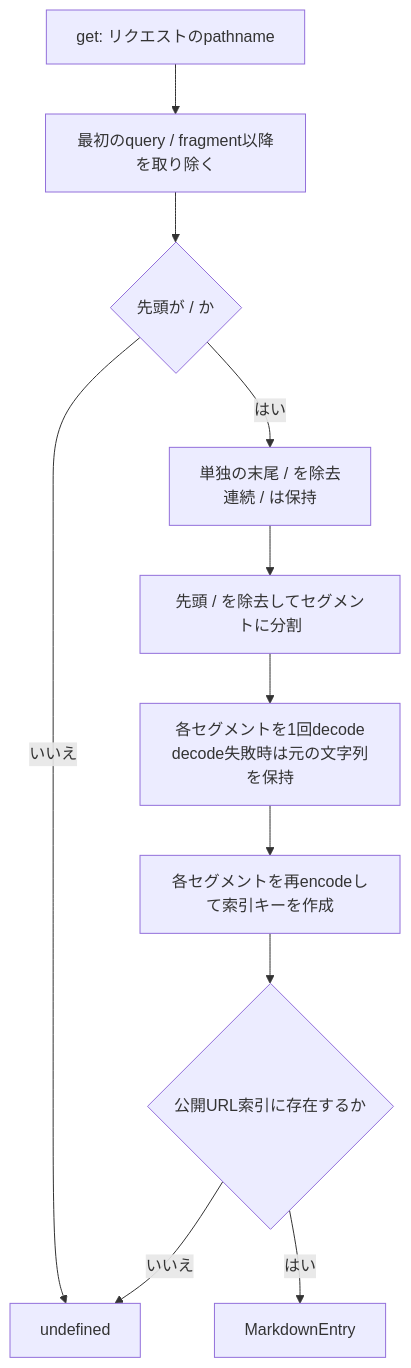
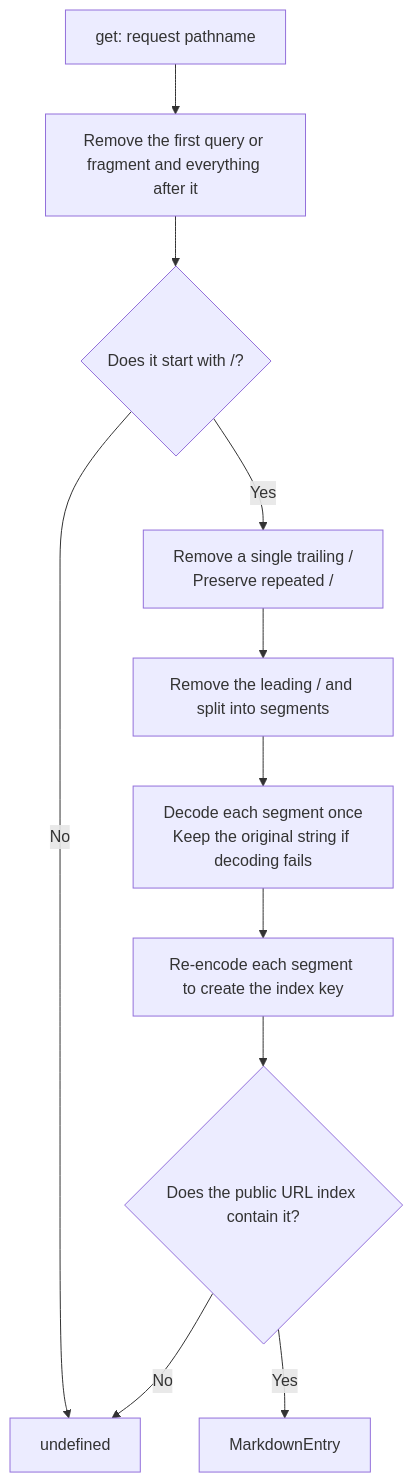
Before and after one commit to totto2727-org/effront: the second of 3 diagrams in packages/markdown/docs/IMPLEMENTATION.md, drawn with Mermaid. The commit also changed other lines of this file and 6 other files, not shown here.

````diff
--- a/packages/markdown/docs/IMPLEMENTATION.md
+++ b/packages/markdown/docs/IMPLEMENTATION.md
@@ -56,13 +56,13 @@
 ```mermaid
 flowchart TD
-    A["get: リクエストのpathname"] --> B["最初のquery / fragment以降を取り除く"]
-    B --> C{"先頭が / か"}
-    C -->|いいえ| X["undefined"]
-    C -->|はい| D["単独の末尾 / を除去<br/>連続 / は保持"]
-    D --> E["先頭 / を除去してセグメントに分割"]
-    E --> F["各セグメントを1回decode<br/>decode失敗時は元の文字列を保持"]
-    F --> G["各セグメントを再encodeして索引キーを作成"]
-    G --> H{"公開URL索引に存在するか"}
-    H -->|はい| Y["MarkdownEntry"]
-    H -->|いいえ| X
+    A["get: request pathname"] --> B["Remove the first query or fragment and everything after it"]
+    B --> C{"Does it start with /?"}
+    C -->|No| X["undefined"]
+    C -->|Yes| D["Remove a single trailing /<br/>Preserve repeated /"]
+    D --> E["Remove the leading / and split into segments"]
+    E --> F["Decode each segment once<br/>Keep the original string if decoding fails"]
+    F --> G["Re-encode each segment to create the index key"]
+    G --> H{"Does the public URL index contain it?"}
+    H -->|Yes| Y["MarkdownEntry"]
+    H -->|No| X
 ```
````
